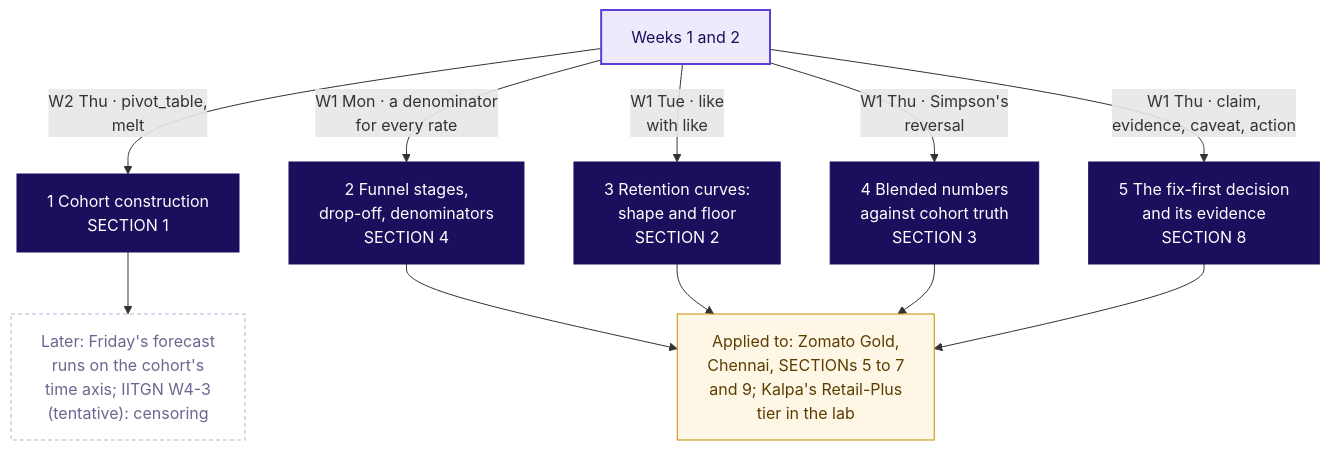
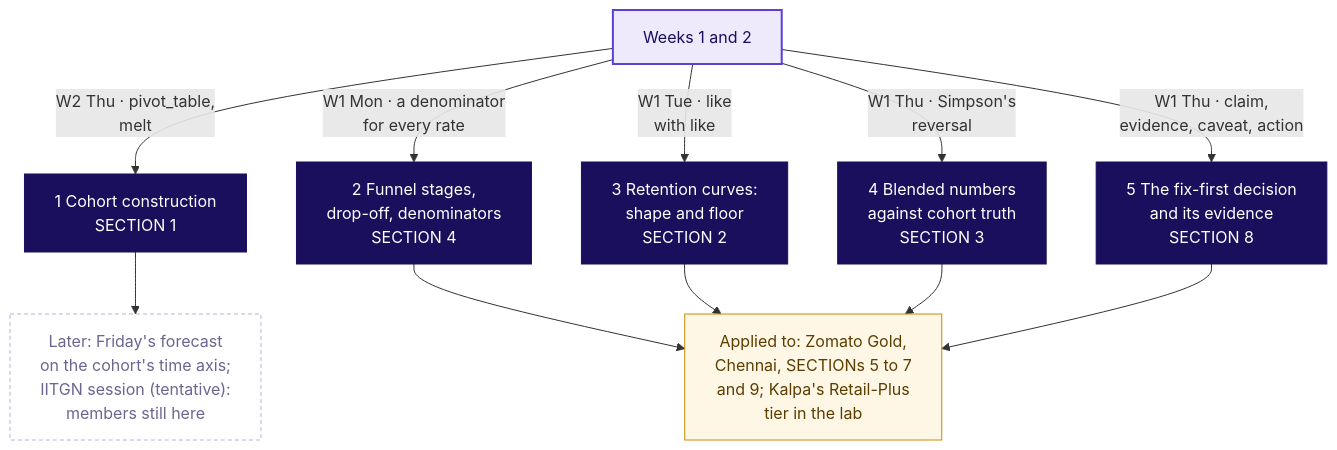
Before and after one commit to fde-academy-lab/c2-content-factory: the first of 2 diagrams in content/W04/D4/trainer/C2_W04_D04_day_sheet_TRAINER.md, drawn with Mermaid. The commit also changed other lines of this file and 8 other files, not shown here.

First line of the commit message:
W04 D4: the trainer sheets time the drills inside their chapters, strike tracking at S64, list the departures from the row, and the fallback runs SECTIONs 12 to 15 in 120 minutes

````diff
--- a/content/W04/D4/trainer/C2_W04_D04_day_sheet_TRAINER.md
+++ b/content/W04/D4/trainer/C2_W04_D04_day_sheet_TRAINER.md
@@ -54,22 +54,22 @@
 ```mermaid
 flowchart TB
     E["Weeks 1 and 2"]
     E -->|"W2 Thu · pivot_table,<br/>melt"| T1["1 Cohort construction<br/>SECTION 1"]
     E -->|"W1 Mon · a denominator<br/>for every rate"| T2["2 Funnel stages,<br/>drop-off, denominators<br/>SECTION 4"]
     E -->|"W1 Tue · like<br/>with like"| T3["3 Retention curves:<br/>shape and floor<br/>SECTION 2"]
     E -->|"W1 Thu · Simpson's<br/>reversal"| T4["4 Blended numbers<br/>against cohort truth<br/>SECTION 3"]
     E -->|"W1 Thu · claim,<br/>evidence, caveat, action"| T5["5 The fix-first decision<br/>and its evidence<br/>SECTION 8"]
-    T1 --> L["Later: Friday's forecast<br/>runs on the cohort's<br/>time axis; IITGN W4-3<br/>(tentative): censoring"]
+    T1 --> L["Later: Friday's forecast<br/>on the cohort's time axis;<br/>IITGN session (tentative):<br/>members still here"]
     T2 --> C["Applied to: Zomato Gold,<br/>Chennai, SECTIONs 5 to 7<br/>and 9; Kalpa's Retail-Plus<br/>tier in the lab"]
     T3 --> C
     T4 --> C
     T5 --> C
     classDef known fill:#EEEAFB,stroke:#5B3FD6,color:#1A0F5C,stroke-width:2px
     classDef lit fill:#1A0F5C,stroke:#1A0F5C,color:#FFFFFF
     classDef unknown fill:#FFFFFF,stroke:#B8B2D6,color:#6B6690,stroke-dasharray:4 3
     classDef kalpa fill:#FFF7E6,stroke:#C98A00,color:#5C3D00
     class E known
     class T1,T2,T3,T4,T5 lit
     class L unknown
     class C kalpa
 ```
````
